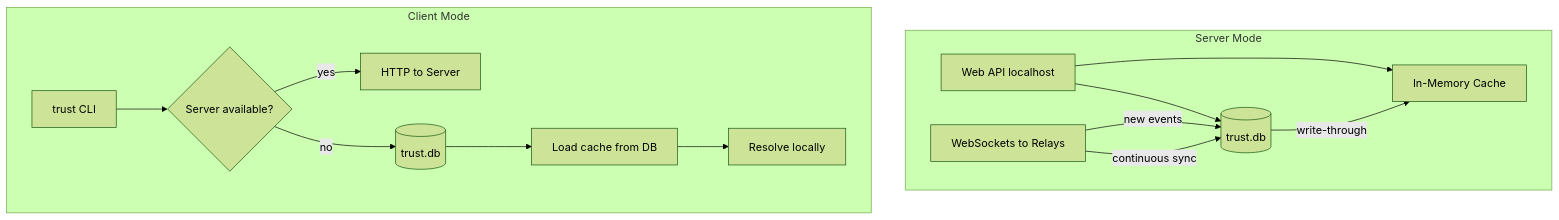
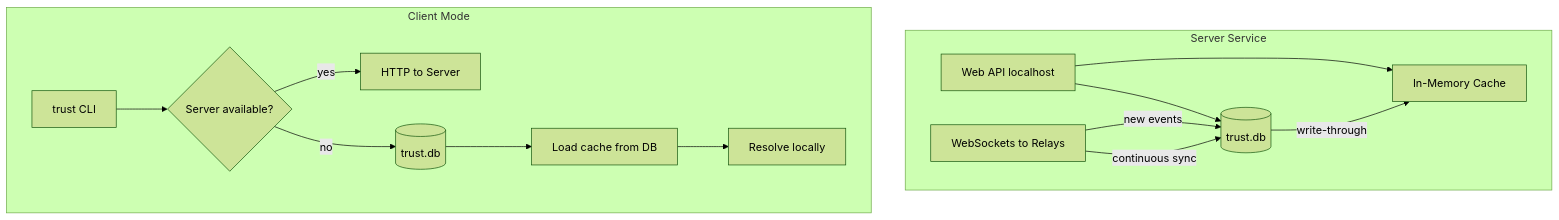
The diagram in documentation/implementation/01-overview.md (DigitalTrustProtocol/Trust), drawn with Mermaid (forest theme) before and after one commit. The commit also changed 26 other files, not shown here.

````diff
--- a/documentation/implementation/01-overview.md
+++ b/documentation/implementation/01-overview.md
@@ -113,27 +113,27 @@
 ```mermaid
 flowchart TB
-    subgraph ServerMode [Server Mode]
+    subgraph ServerService [Server Service]
         WebAPI[Web API localhost]
         WebSocket[WebSockets to Relays]
         DB[(trust.db)]
         Cache[In-Memory Cache]
         WebAPI --> DB
         WebAPI --> Cache
         WebSocket -->|"new events"| DB
         DB -->|"write-through"| Cache
         WebSocket -->|"continuous sync"| DB
     end
 
     subgraph ClientMode [Client Mode]
         CLI[trust CLI]
         ServerCheck{Server available?}
         HTTP[HTTP to Server]
         LocalDB[(trust.db)]
         LoadCache[Load cache from DB]
         CLI --> ServerCheck
         ServerCheck -->|yes| HTTP
         ServerCheck -->|no| LocalDB
         LocalDB --> LoadCache
         LoadCache --> Resolve[Resolve locally]
     end
 ```
````
